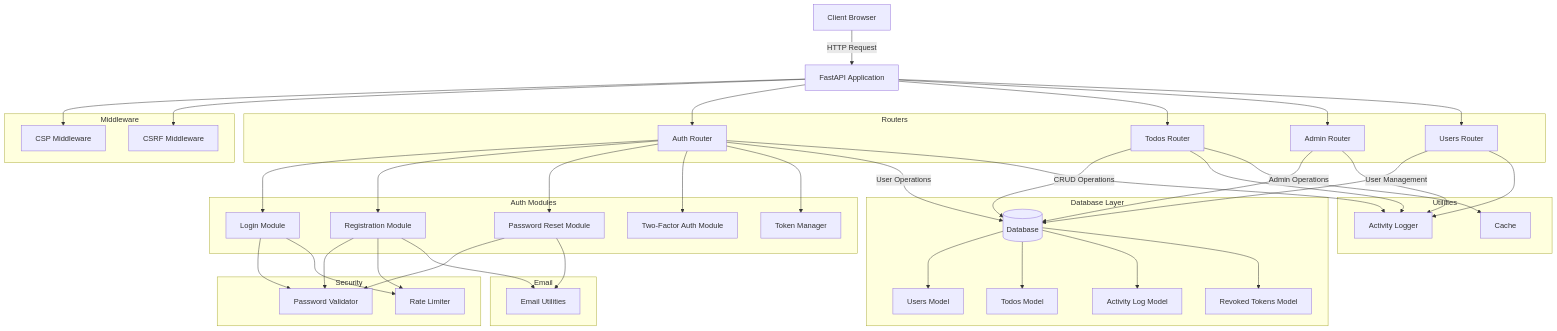
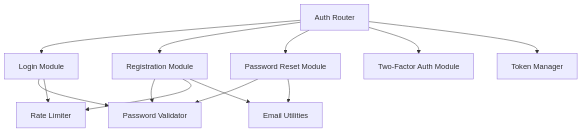
The third of 15 diagrams in docs/flowchart.md (LorenMin107/TodoApp), drawn with Mermaid before and after one commit. The commit also changed other lines of this file and 19 other files, not shown here.

````diff
--- a/docs/flowchart.md
+++ b/docs/flowchart.md
@@ -7,85 +38,20 @@
 ```mermaid
 graph TD
-    %% Client Layer
-    Client[Client Browser] --> |HTTP Request| FastAPI[FastAPI Application]
-
-    %% Middleware Layer
-    subgraph Middleware
-        CSP[CSP Middleware]
-        CSRF[CSRF Middleware]
-    end
-    FastAPI --> CSP
-    FastAPI --> CSRF
-
-    %% Router Layer
-    subgraph Routers
-        AuthRouter[Auth Router]
-        TodosRouter[Todos Router]
-        AdminRouter[Admin Router]
-        UsersRouter[Users Router]
-    end
-    FastAPI --> AuthRouter
-    FastAPI --> TodosRouter
-    FastAPI --> AdminRouter
-    FastAPI --> UsersRouter
-
     %% Auth Components
-    subgraph Auth Modules
-        Login[Login Module]
-        Registration[Registration Module]
-        PasswordReset[Password Reset Module]
-        TwoFactor[Two-Factor Auth Module]
-        TokenManager[Token Manager]
-    end
-    AuthRouter --> Login
-    AuthRouter --> Registration
-    AuthRouter --> PasswordReset
-    AuthRouter --> TwoFactor
-    AuthRouter --> TokenManager
+    AuthRouter[Auth Router] --> Login[Login Module]
+    AuthRouter --> Registration[Registration Module]
+    AuthRouter --> PasswordReset[Password Reset Module]
+    AuthRouter --> TwoFactor[Two-Factor Auth Module]
+    AuthRouter --> TokenManager[Token Manager]
 
     %% Security Components
-    subgraph Security
-        PasswordValidator[Password Validator]
-        RateLimiter[Rate Limiter]
-    end
-    Login --> PasswordValidator
+    Login --> PasswordValidator[Password Validator]
     Registration --> PasswordValidator
     PasswordReset --> PasswordValidator
-    Login --> RateLimiter
+    Login --> RateLimiter[Rate Limiter]
     Registration --> RateLimiter
 
-    %% Database Layer
-    subgraph Database Layer
-        Database[(Database)]
-        Users[Users Model]
-        Todos[Todos Model]
-        ActivityLog[Activity Log Model]
-        RevokedTokens[Revoked Tokens Model]
-    end
-    TodosRouter --> |CRUD Operations| Database
-    AuthRouter --> |User Operations| Database
-    AdminRouter --> |Admin Operations| Database
-    UsersRouter --> |User Management| Database
-    Database --> Users
-    Database --> Todos
-    Database --> ActivityLog
-    Database --> RevokedTokens
-
-    %% Utilities
-    subgraph Utilities
-        ActivityLogger[Activity Logger]
-        Cache[Cache]
-    end
-    TodosRouter --> ActivityLogger
-    AuthRouter --> ActivityLogger
-    AdminRouter --> ActivityLogger
-    UsersRouter --> ActivityLogger
-    TodosRouter --> Cache
-
-    %% Email
-    subgraph Email
-        EmailUtils[Email Utilities]
-    end
-    PasswordReset --> EmailUtils
+    %% Email Integration
+    PasswordReset --> EmailUtils[Email Utilities]
     Registration --> EmailUtils
 ```
````
